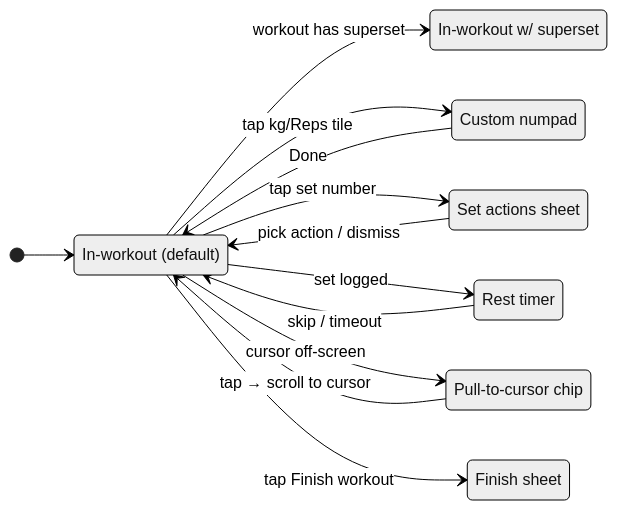
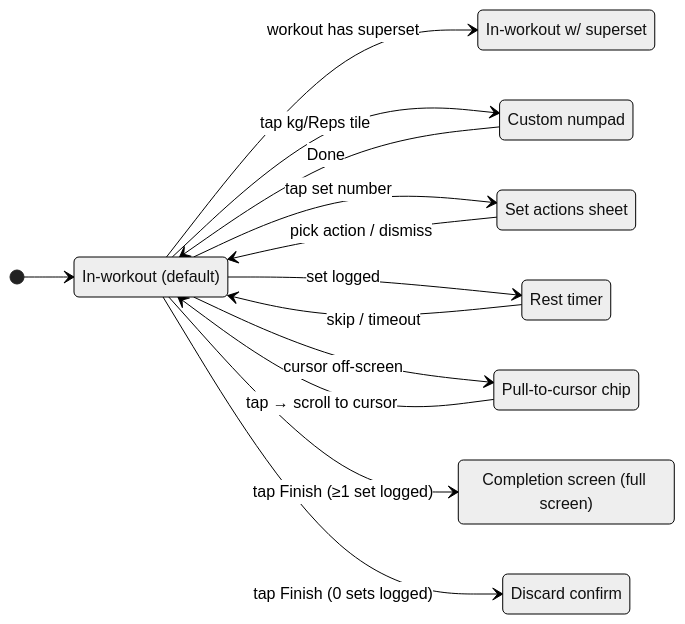
One commit to MaxKibets/kachka changed the fourth of 6 diagrams in docs/wireframes/flow.md. Above: the diagram before and after it, drawn with Mermaid (neutral theme). The commit also changed other lines of this file and 7 other files, not shown here.

First line of the commit message:
docs: resolve v1 behavior-gap UX decisions and finish flow

````diff
--- a/docs/wireframes/flow.md
+++ b/docs/wireframes/flow.md
@@ -154,23 +155,25 @@
 ```mermaid
 stateDiagram-v2
     direction LR
     [*] --> InWorkout
     InWorkout --> InWorkoutSS: workout has superset
     InWorkout --> Numpad: tap kg/Reps tile
     InWorkout --> SetActions: tap set number
     InWorkout --> RestTimer: set logged
     InWorkout --> PullToCursor: cursor off-screen
     Numpad --> InWorkout: Done
     SetActions --> InWorkout: pick action / dismiss
     RestTimer --> InWorkout: skip / timeout
     PullToCursor --> InWorkout: tap → scroll to cursor
-    InWorkout --> FinishSheet: tap Finish workout
+    InWorkout --> CompletionScreen: tap Finish (≥1 set logged)
+    InWorkout --> ConfirmDiscard: tap Finish (0 sets logged)
 
     state "In-workout (default)" as InWorkout
     state "In-workout w/ superset" as InWorkoutSS
     state "Custom numpad" as Numpad
     state "Set actions sheet" as SetActions
     state "Rest timer" as RestTimer
     state "Pull-to-cursor chip" as PullToCursor
-    state "Finish sheet" as FinishSheet
+    state "Completion screen (full screen)" as CompletionScreen
+    state "Discard confirm" as ConfirmDiscard
 ```
````
